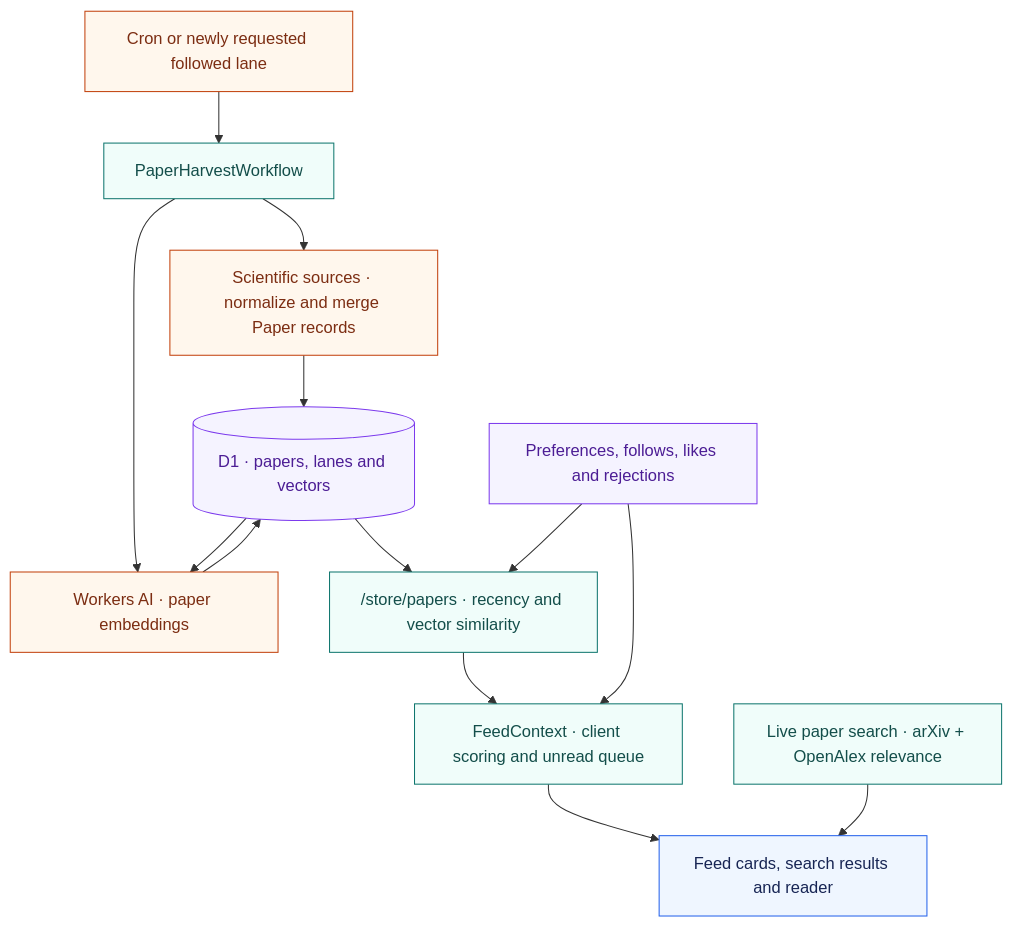
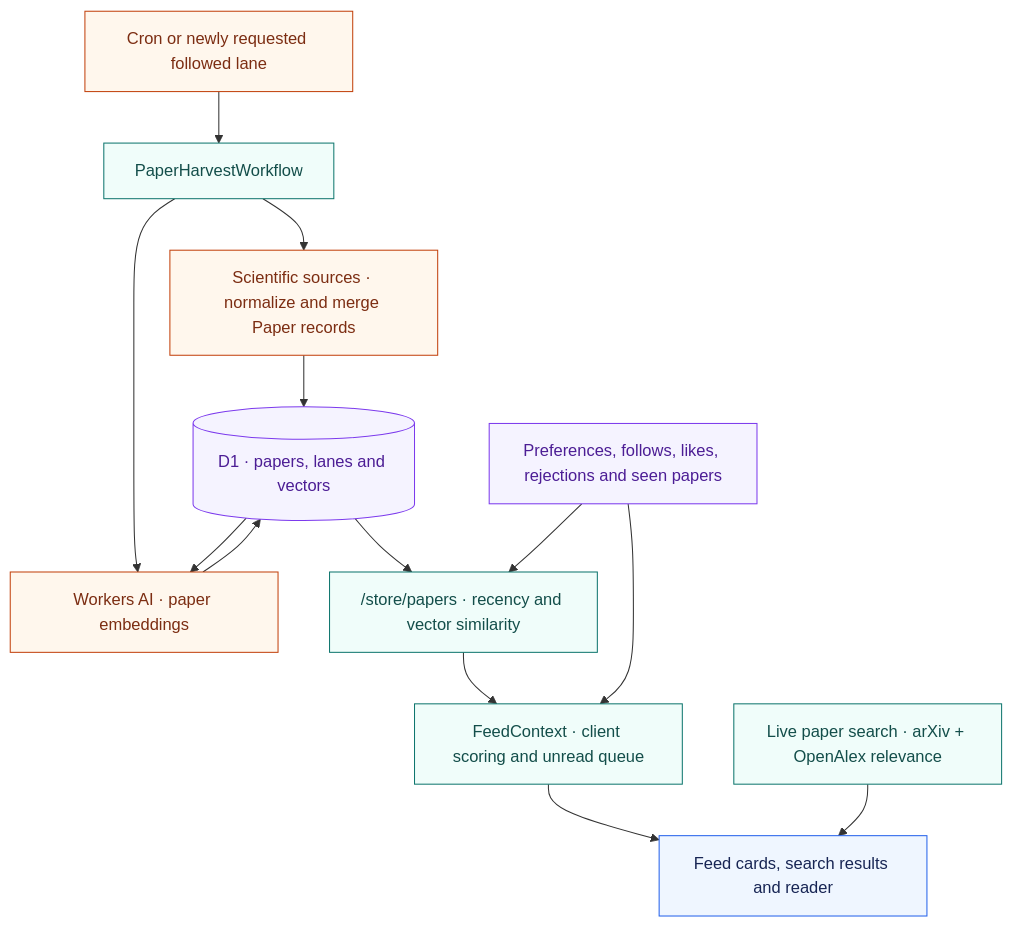
The second of 2 diagrams in ARCHITECTURE.md (mugar123/papertok), drawn with Mermaid before and after one commit. The commit also changed other lines of this file and 26 other files, not shown here.

First line of the commit message:
fix(feed): skip seen papers in the Worker and keep a walk's order 2 hours (ENG-103) (#347)

````diff
--- a/ARCHITECTURE.md
+++ b/ARCHITECTURE.md
@@ -76,30 +76,30 @@
 ```mermaid
 flowchart TD
     Trigger["Cron or newly requested followed lane"]
     Harvest["PaperHarvestWorkflow"]
     Sources["Scientific sources · normalize and merge Paper records"]
     Vectors["Workers AI · paper embeddings"]
     Corpus[("D1 · papers, lanes and vectors")]
     API["/store/papers · recency and vector similarity"]
     Feed["FeedContext · client scoring and unread queue"]
-    Signals["Preferences, follows, likes and rejections"]
+    Signals["Preferences, follows, likes, rejections and seen papers"]
     Search["Live paper search · arXiv + OpenAlex relevance"]
     UI["Feed cards, search results and reader"]
 
     Trigger --> Harvest --> Sources --> Corpus
     Harvest --> Vectors --> Corpus
     Corpus --> Vectors
     Corpus --> API --> Feed --> UI
     Signals --> API
     Signals --> Feed
     Search --> UI
 
     classDef source fill:#fff7ed,stroke:#c2410c,color:#7c2d12
     classDef data fill:#f5f3ff,stroke:#7c3aed,color:#4c1d95
     classDef logic fill:#f0fdfa,stroke:#0f766e,color:#134e4a
     classDef view fill:#eff6ff,stroke:#2563eb,color:#172554
     class Trigger,Sources,Vectors source
     class Corpus,Signals data
     class Harvest,API,Feed,Search logic
     class UI view
 ```
````
